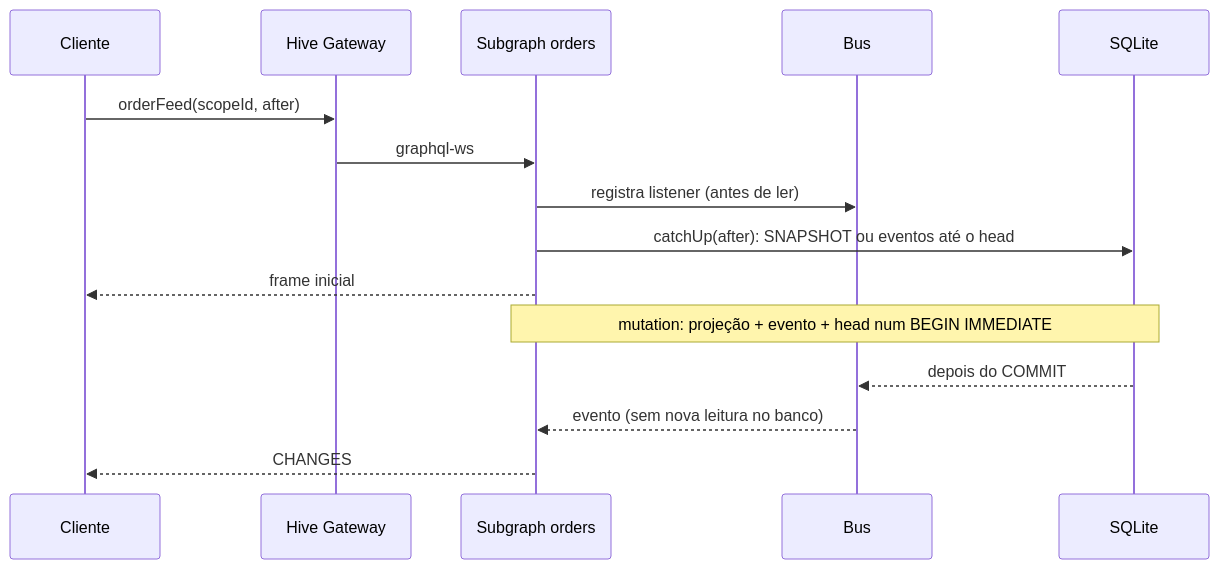
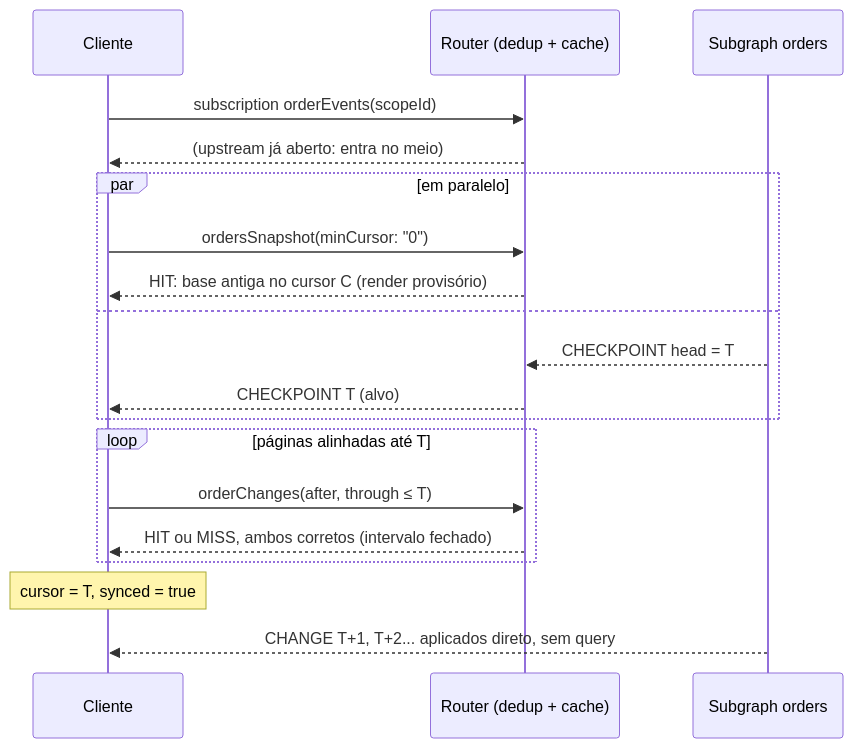
One commit to tpisani/apollo-router-subscription-snapshot changed the diagram in docs/design.md. Above: the diagram before and after it, drawn with Mermaid. The commit also changed other lines of this file and 25 other files, not shown here.

First line of the commit message:
Make realtime sync coexist with Router dedup and cached queries

````diff
--- a/docs/design.md
+++ b/docs/design.md
@@ -53,17 +48,21 @@
 ```mermaid
 sequenceDiagram
   participant C as Cliente
-  participant G as Hive Gateway
+  participant R as Router (dedup + cache)
   participant O as Subgraph orders
-  participant B as Bus
-  participant D as SQLite
-  C->>G: orderFeed(scopeId, after)
-  G->>O: graphql-ws
-  O->>B: registra listener (antes de ler)
-  O->>D: catchUp(after): SNAPSHOT ou eventos até o head
-  O-->>C: frame inicial
-  Note over O,D: mutation: projeção + evento + head num BEGIN IMMEDIATE
-  D-->>B: depois do COMMIT
-  B-->>O: evento (sem nova leitura no banco)
-  O-->>C: CHANGES
+  C->>R: subscription orderEvents(scopeId)
+  R-->>C: (upstream já aberto: entra no meio)
+  par em paralelo
+    C->>R: ordersSnapshot(minCursor: "0")
+    R-->>C: HIT: base antiga no cursor C (render provisório)
+  and
+    O-->>R: CHECKPOINT head = T
+    R-->>C: CHECKPOINT T (alvo)
+  end
+  loop páginas alinhadas até T
+    C->>R: orderChanges(after, through ≤ T)
+    R-->>C: HIT ou MISS, ambos corretos (intervalo fechado)
+  end
+  Note over C: cursor = T, synced = true
+  O-->>C: CHANGE T+1, T+2... aplicados direto, sem query
 ```
````
